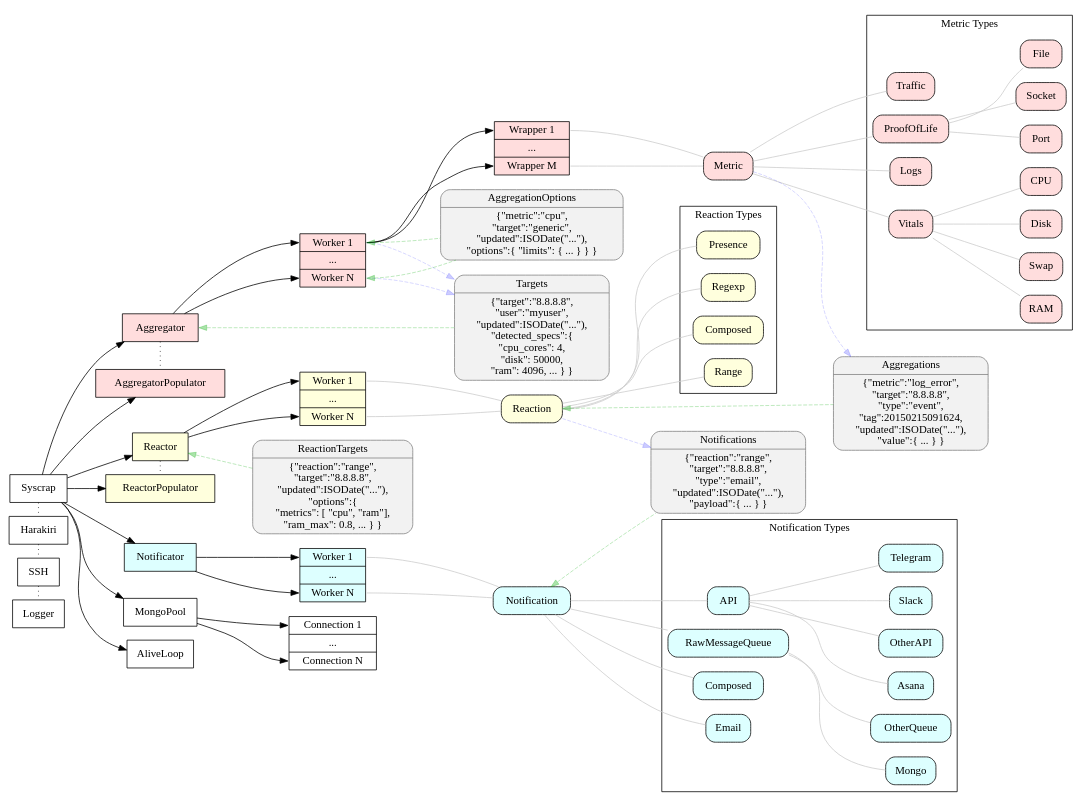
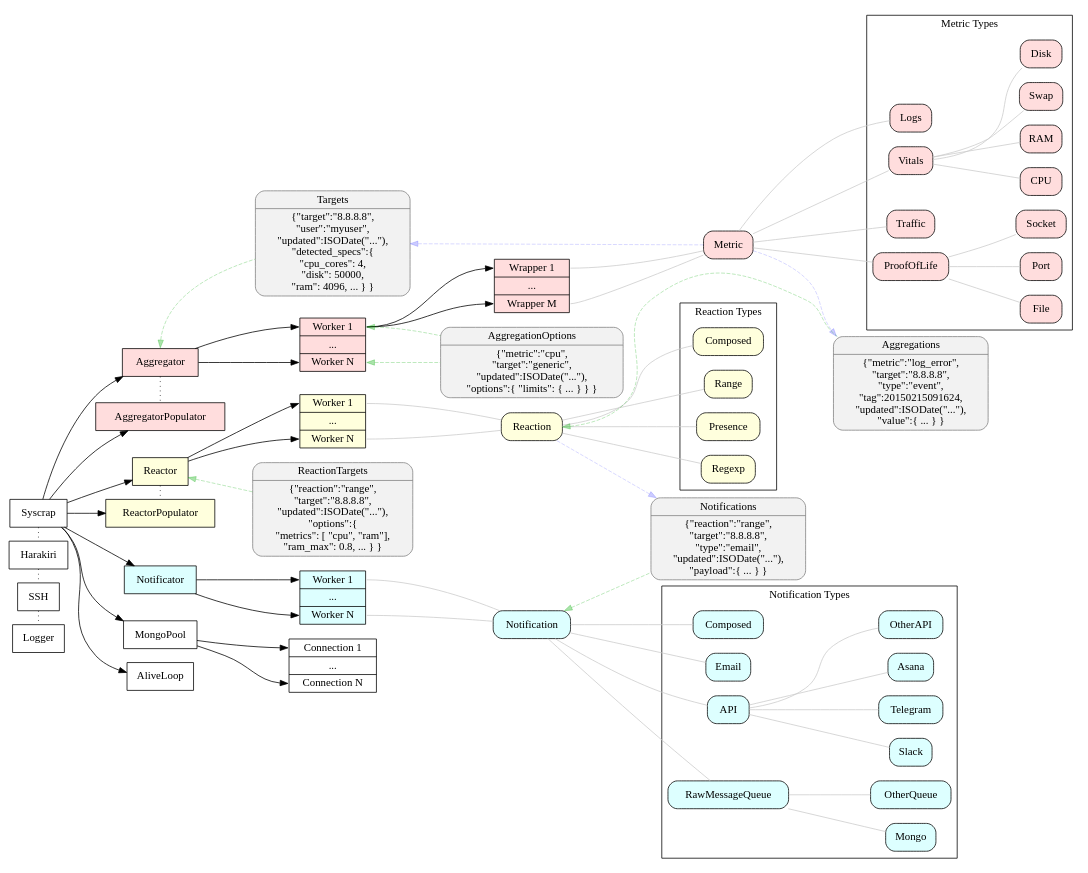
The diagram in doc/syscrap.dot (elpulgardelpanda/syscrap), drawn with Graphviz before and after one commit. The commit also changed 7 other files, not shown here.

```diff
--- a/doc/syscrap.dot
+++ b/doc/syscrap.dot
@@ -1,138 +1,139 @@
-  # render: dot -O -Tpng syscrap.dot
-  # auto-render: https://gist.github.com/rubencaro/75e7b163665b47e0094a
+# render: dot -O -Tpng syscrap.dot
+# auto-render: https://gist.github.com/rubencaro/75e7b163665b47e0094a
 digraph syscrap {
   # layout=neato;
   # splines=true;
   overlap=false;
   rankdir="LR";
   node [shape=box];
 
   # aggregation
   subgraph aggregation{
     node [style=filled,fillcolor="#ff000022"];
     {rank=same; AggregatorPopulator, Aggregator;}
     AggregatorWorker [shape=record,label="<1>Worker 1|...|<n>Worker N"];
     AggregatorWrapper [shape=record,label="<1>Wrapper 1|...|<n>Wrapper M"];
     AggregatorWorker:1 -> AggregatorWrapper:1, AggregatorWrapper:n;
     Aggregator -> AggregatorWorker:1, AggregatorWorker:n;
     Aggregator -> AggregatorPopulator [dir=none,style=dotted];
     { # namespace dependency only
       edge [dir=none,color=gray80];
       node [shape=Mrecord];
       AggregatorWrapper:1, AggregatorWrapper:n -> Metric;
       subgraph cluster_MetricTypes{
         label="Metric Types";
         Logs, Vitals, Traffic, ProofOfLife;
         Vitals -> CPU, RAM, Swap, Disk;
         ProofOfLife -> File, Port, Socket;
       }
       Metric -> Logs, Vitals, Traffic, ProofOfLife;
     }
   }
 
   # reaction
   subgraph reaction{
     node [style=filled,fillcolor="#ffff0022"];
     ReactorWorker [shape=record,label="<1>Worker 1|...|<n>Worker N"];
     {rank=same; ReactorPopulator, Reactor;}
     Reactor -> ReactorWorker:1, ReactorWorker:n;
     Reactor -> ReactorPopulator [dir=none,style=dotted];
     { # namespace dependency only
       edge [dir=none,color=gray80];
       node [shape=Mrecord];
       ComposedReactions [label="Composed"];
       subgraph cluster_ReactionTypes{
         label="Reaction Types";
         Range, Presence, Regexp, ComposedReactions;
       }
       Reaction -> Range, Presence, Regexp, ComposedReactions;
     }
     ReactorWorker:1, ReactorWorker:n -> Reaction [dir=none,color=gray80];
   }
 
   # notification
   subgraph notification{
     node [style=filled,fillcolor="#00ffff22"];
     NotificatorWorker [shape=record,label="<1>Worker 1|...|<n>Worker N"];
     Notificator -> NotificatorWorker:1, NotificatorWorker:n;
     { # namespace dependency only
       edge [dir=none,color=gray80];
       node [shape=Mrecord];
       ComposedNotifications [label="Composed"];
       subgraph cluster_NotificationTypes{
         label="Notification Types";
         Email, API, RawMessageQueue, ComposedNotifications;
         API -> Slack, Telegram, Asana, OtherAPI;
         RawMessageQueue -> Mongo, OtherQueue;
       }
       Notification -> Email, API, RawMessageQueue, ComposedNotifications;
     }
     NotificatorWorker:1, NotificatorWorker:n -> Notification [dir=none,color=gray80];
   }
 
   # db
   MongoConnection [shape=record,label="<1>Connection 1|...|<n>Connection N"];
   MongoPool -> MongoConnection:1, MongoConnection:n;
 
   { node [color=gray,fillcolor=gray95,style=filled];
     Aggregations [shape=Mrecord, label="Aggregations |
     \{\"metric\":\"log_error\",\n
     \"target\":\"8.8.8.8\",\n
     \"type\":\"event\",\n
     \"tag\":20150215091624,\n
     \"updated\":ISODate(\"...\"),\n
     \"value\":\{ ... \} \}"];
 
     Notifications [shape=Mrecord, label="Notifications |
     \{\"reaction\":\"range\",\n
     \"target\":\"8.8.8.8\",\n
     \"type\":\"email\",\n
     \"updated\":ISODate(\"...\"),\n
     \"payload\":\{ ... \} \}"];
 
     Targets [shape=Mrecord, label="Targets |
     \{\"target\":\"8.8.8.8\",\n
     \"user\":\"myuser\",\n
     \"updated\":ISODate(\"...\"),\n
     \"detected_specs\":\{\n
     \"cpu_cores\": 4,\n
     \"disk\": 50000,\n
     \"ram\": 4096, ... \} \}"];
 
     AggregationOptions [shape=Mrecord, label="AggregationOptions |
     \{\"metric\":\"cpu\",\n
     \"target\":\"generic\",\n
     \"updated\":ISODate(\"...\"),\n
     \"options\":\{ \"limits\": \{ ... \} \} \}"];
 
     ReactionTargets [shape=Mrecord, label="ReactionTargets |
     \{\"reaction\":\"range\",\n
     \"target\":\"8.8.8.8\",\n
     \"updated\":ISODate(\"...\"),\n
     \"options\":\{\n
       \"metrics\": \[ \"cpu\", \"ram\"\],\n
       \"ram_max\": 0.8, ... \} \}"];
   }
 
   # DB actions
   { # read
     edge [style=dashed,dir=back,color="#00aa0055"];
-    Aggregator:e -> Targets;
+    Aggregator:n -> Targets;
     AggregatorWorker:1:e, AggregatorWorker:n:e -> AggregationOptions;
     Notification -> Notifications;
     Reaction -> Aggregations;
     Reactor -> ReactionTargets;
   }
   { # write
     edge [style=dashed,color="#0000ff33"];
-    AggregatorWorker:1:e, AggregatorWorker:n:e -> Targets;
-    Metric -> Aggregations;
+    Metric -> Aggregations, Targets;
     Reaction -> Notifications;
   }
+
+  {rank=same; AggregatorWorker, Targets}
 
   {rank=same; Syscrap -> Harakiri -> SSH -> Logger [dir=none,style=dotted];}
 
   # {rank=same; AggregatorPopulator, Aggregator, ReactorPopulator, Reactor, Notificator, AliveLoop, MongoPool;}
 
   Syscrap -> AggregatorPopulator, Aggregator, ReactorPopulator, Reactor, Notificator, AliveLoop, MongoPool;
 }
```
